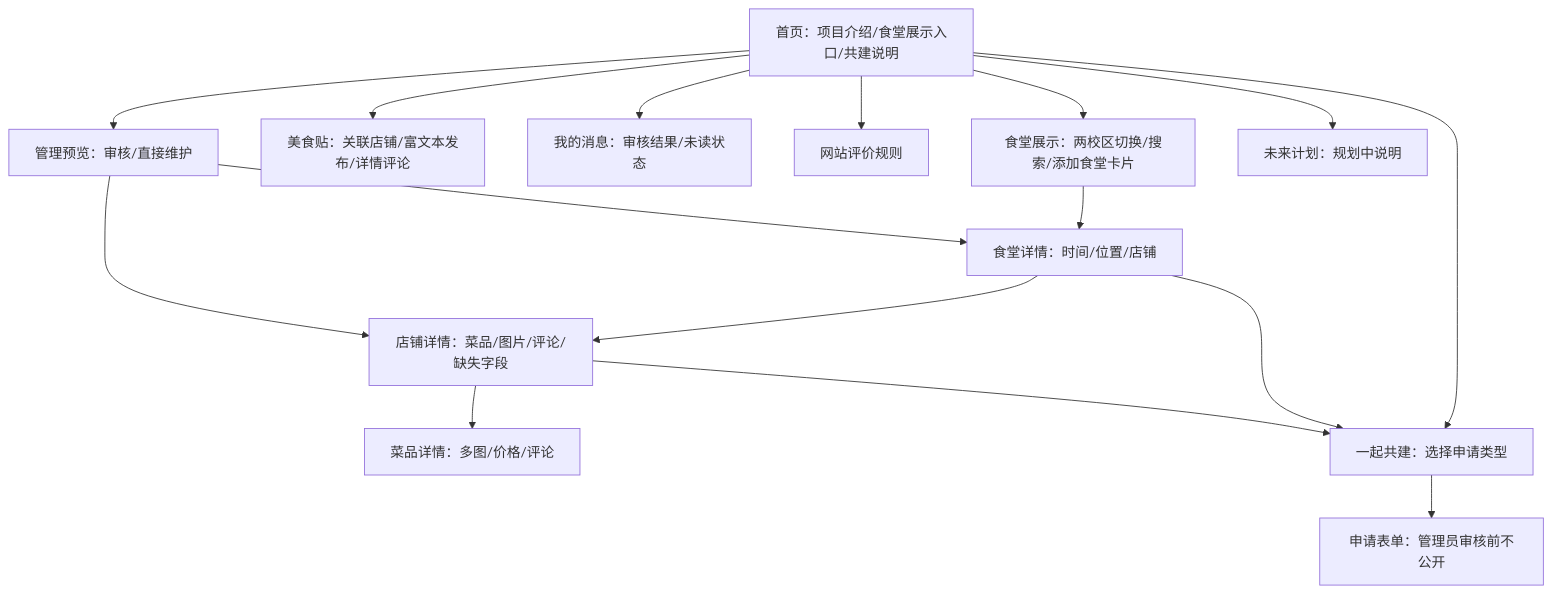
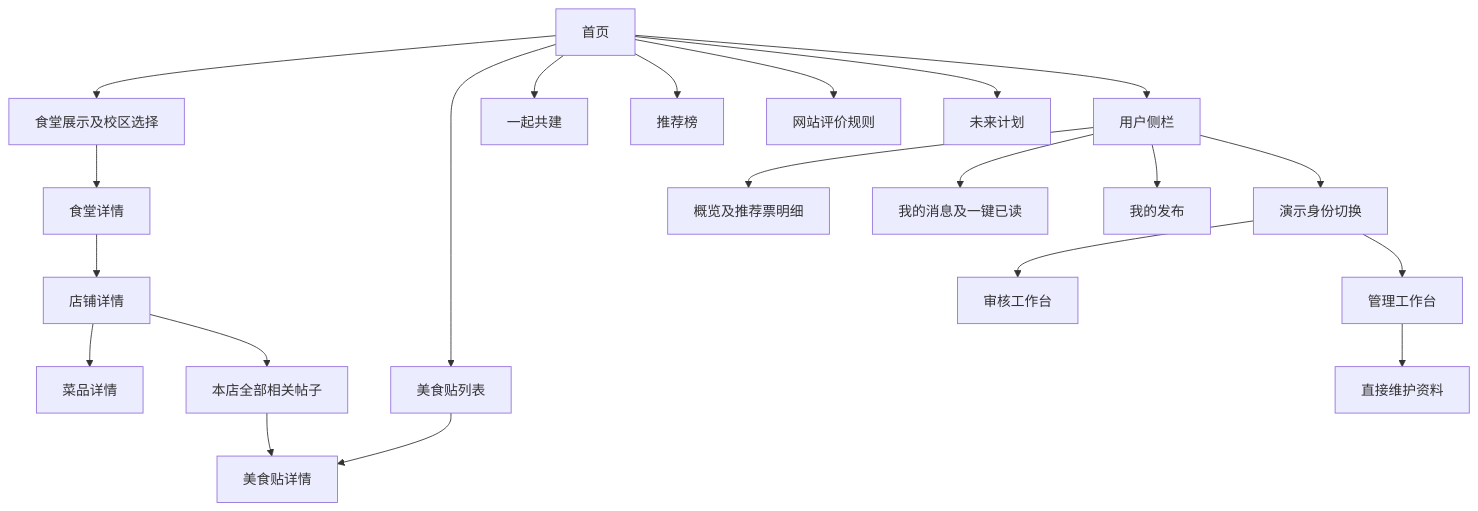
Before and after one commit to Danouga/campus-canteen-review: the diagram in docs/06-MVP界面规划.md, drawn with Mermaid. The commit also changed other lines of this file and 21 other files, not shown here.

Commit message:
图片描述、审核员、DFD

````diff
--- a/docs/06-MVP界面规划.md
+++ b/docs/06-MVP界面规划.md
@@ -19,18 +19,23 @@
 ```mermaid
 flowchart TD
-  A[首页：项目介绍/食堂展示入口/共建说明] --> H[食堂展示：两校区切换/搜索/添加食堂卡片]
-  H --> B[食堂详情：时间/位置/店铺]
-  B --> C[店铺详情：菜品/图片/评论/缺失字段]
-  C --> I[菜品详情：多图/价格/评论]
-  A --> D[一起共建：选择申请类型]
-  A --> P[美食贴：关联店铺/富文本发布/详情评论]
-  A --> M[我的消息：审核结果/未读状态]
-  A --> R[网站评价规则]
-  B --> D
-  C --> D
-  D --> E[申请表单：管理员审核前不公开]
-  A --> F[管理预览：审核/直接维护]
-  F --> B
-  F --> C
-  A --> G[未来计划：规划中说明]
+  A[首页] --> B[食堂展示及校区选择]
+  B --> C[食堂详情]
+  C --> D[店铺详情]
+  D --> E[菜品详情]
+  A --> F[美食贴列表]
+  F --> G[美食贴详情]
+  D --> H[本店全部相关帖子]
+  H --> G
+  A --> I[一起共建]
+  A --> J[推荐榜]
+  A --> K[网站评价规则]
+  A --> L[未来计划]
+  A --> U[用户侧栏]
+  U --> U1[概览及推荐票明细]
+  U --> U2[我的消息及一键已读]
+  U --> U3[我的发布]
+  U --> U4[演示身份切换]
+  U4 --> R[审核工作台]
+  U4 --> M[管理工作台]
+  M --> V[直接维护资料]
 ```
````
